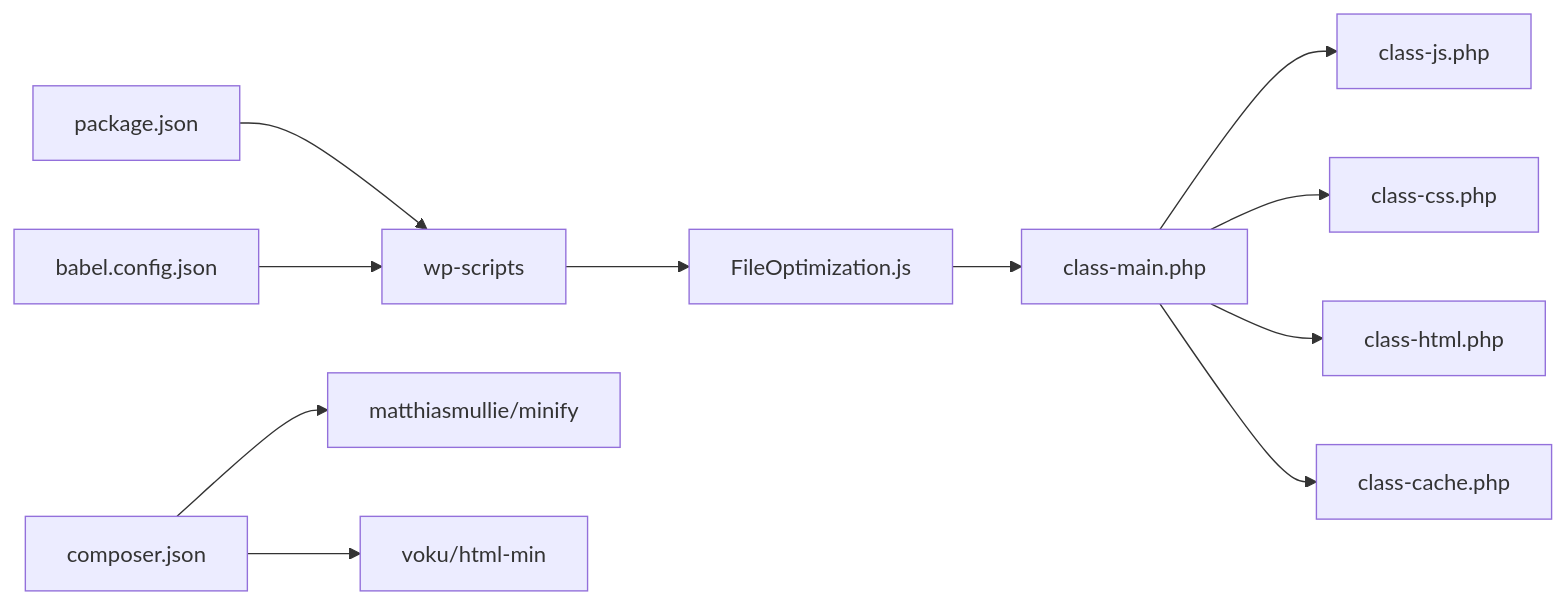
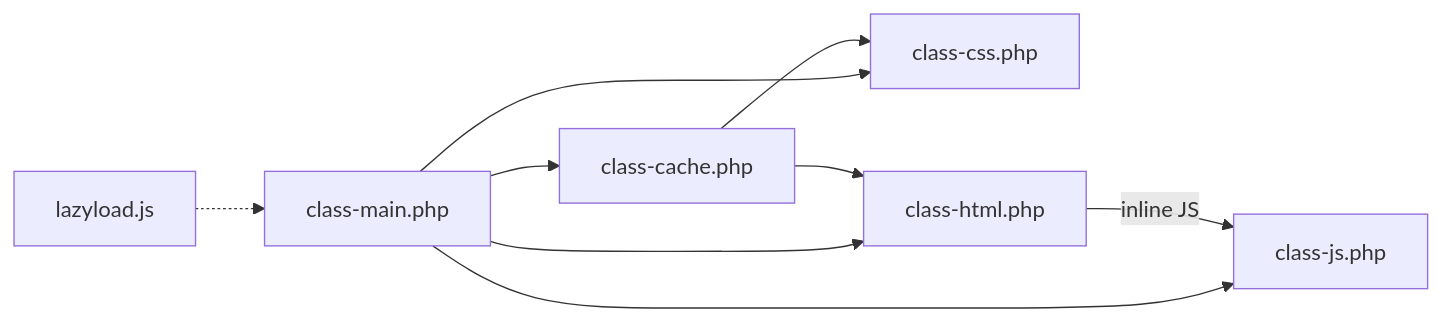
One commit to nilesh32236/performance-optimisation changed the eighth of 8 diagrams in .qoder/repowiki/en/content/Asset Optimization/JavaScript Optimization.md. Above: the diagram before and after it, drawn with Mermaid. The commit also changed other lines of this file and 46 other files, not shown here.

````diff
--- a/.qoder/repowiki/en/content/Asset Optimization/JavaScript Optimization.md
+++ b/.qoder/repowiki/en/content/Asset Optimization/JavaScript Optimization.md
@@ -318,13 +272,11 @@
 ```mermaid
 graph LR
-PJ["package.json"] --> WS["wp-scripts"]
-BC["babel.config.json"] --> WS
-CMJ["composer.json"] --> MM["matthiasmullie/minify"]
-CMJ --> VH["voku/html-min"]
-WS --> FO["FileOptimization.js"]
-FO --> CM["class-main.php"]
-CM --> MJ["class-js.php"]
-CM --> MC["class-css.php"]
-CM --> MH["class-html.php"]
-CM --> CA["class-cache.php"]
+MAIN["class-main.php"] --> CACHE["class-cache.php"]
+MAIN --> MINJS["class-js.php"]
+MAIN --> MINCSS["class-css.php"]
+MAIN --> MINHTML["class-html.php"]
+CACHE --> MINCSS
+CACHE --> MINHTML
+MINHTML --> |inline JS| MINJS
+LL["lazyload.js"] -.-> MAIN
 ```
````
